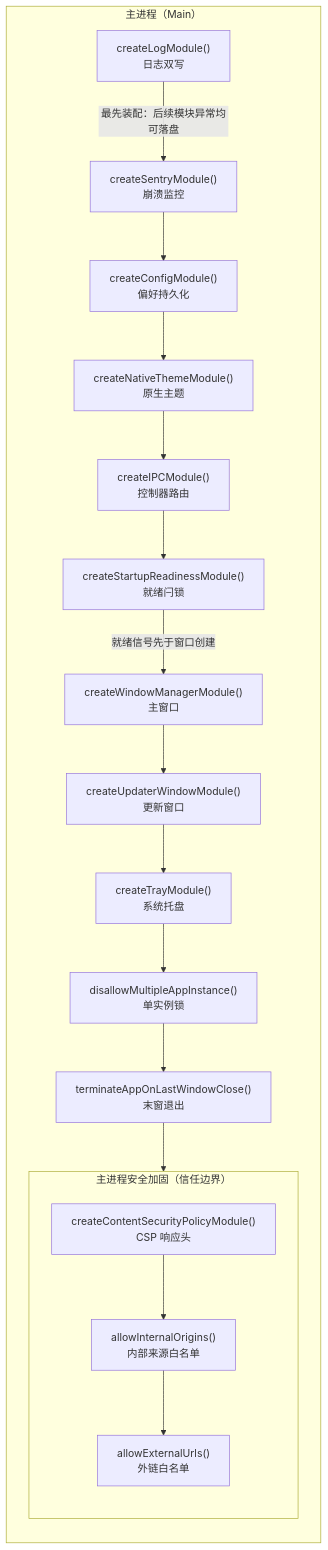
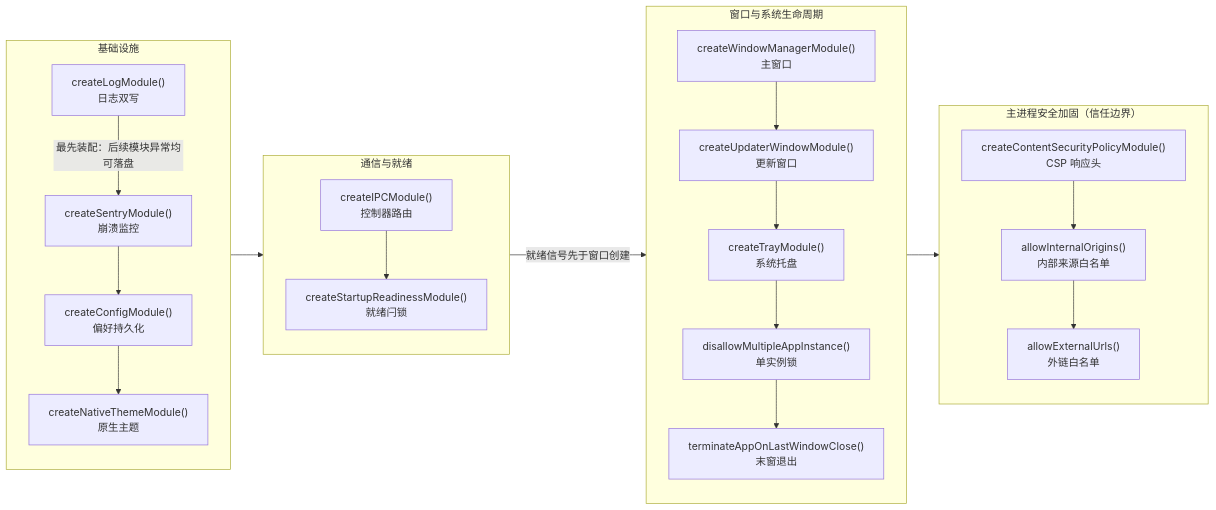
The diagram in packages/docs/src/pages/architecture/module-lifecycle.md (BanShan-Alec/electron-react-monorepo-template), drawn with Mermaid before and after one commit. The commit also changed other lines of this file and 5 other files, not shown here.

First line of the commit message:
feat(docs): 优化 mermaid 图预览与放大交互

````diff
--- a/packages/docs/src/pages/architecture/module-lifecycle.md
+++ b/packages/docs/src/pages/architecture/module-lifecycle.md
@@ -21,29 +21,41 @@
 ```mermaid
-flowchart TB
-  subgraph main["主进程（Main）"]
+flowchart LR
+  subgraph foundation["基础设施"]
     direction TB
     LOG["createLogModule()<br/>日志双写"]
     SENTRY["createSentryModule()<br/>崩溃监控"]
     CONFIG["createConfigModule()<br/>偏好持久化"]
     THEME["createNativeThemeModule()<br/>原生主题"]
+    LOG -->|"最先装配：后续模块异常均可落盘"| SENTRY
+    SENTRY --> CONFIG --> THEME
+  end
+
+  subgraph runtime["通信与就绪"]
+    direction TB
     IPC["createIPCModule()<br/>控制器路由"]
     READY["createStartupReadinessModule()<br/>就绪闩锁"]
+    IPC --> READY
+  end
+
+  subgraph windows["窗口与系统生命周期"]
+    direction TB
     WIN["createWindowManagerModule()<br/>主窗口"]
     UPDATER_WIN["createUpdaterWindowModule()<br/>更新窗口"]
     TRAY["createTrayModule()<br/>系统托盘"]
     SINGLE["disallowMultipleAppInstance()<br/>单实例锁"]
     TERM["terminateAppOnLastWindowClose()<br/>末窗退出"]
-    subgraph security["主进程安全加固（信任边界）"]
-      direction TB
-      CSP["createContentSecurityPolicyModule()<br/>CSP 响应头"]
-      ORIGIN["allowInternalOrigins()<br/>内部来源白名单"]
-      EXT["allowExternalUrls()<br/>外链白名单"]
-    end
+    WIN --> UPDATER_WIN --> TRAY --> SINGLE --> TERM
   end
 
-  LOG -->|"最先装配：后续模块异常均可落盘"| SENTRY
-  SENTRY --> CONFIG --> THEME --> IPC --> READY
-  READY -->|"就绪信号先于窗口创建"| WIN
-  WIN --> UPDATER_WIN --> TRAY --> SINGLE --> TERM
-  TERM --> CSP --> ORIGIN --> EXT
+  subgraph security["主进程安全加固（信任边界）"]
+    direction TB
+    CSP["createContentSecurityPolicyModule()<br/>CSP 响应头"]
+    ORIGIN["allowInternalOrigins()<br/>内部来源白名单"]
+    EXT["allowExternalUrls()<br/>外链白名单"]
+    CSP --> ORIGIN --> EXT
+  end
+
+  foundation --> runtime
+  runtime -->|"就绪信号先于窗口创建"| windows
+  windows --> security
 ```
````
